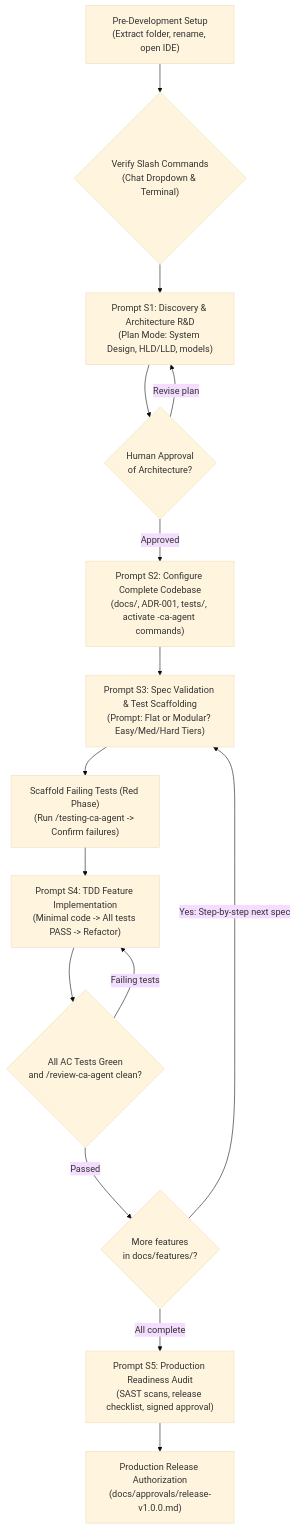
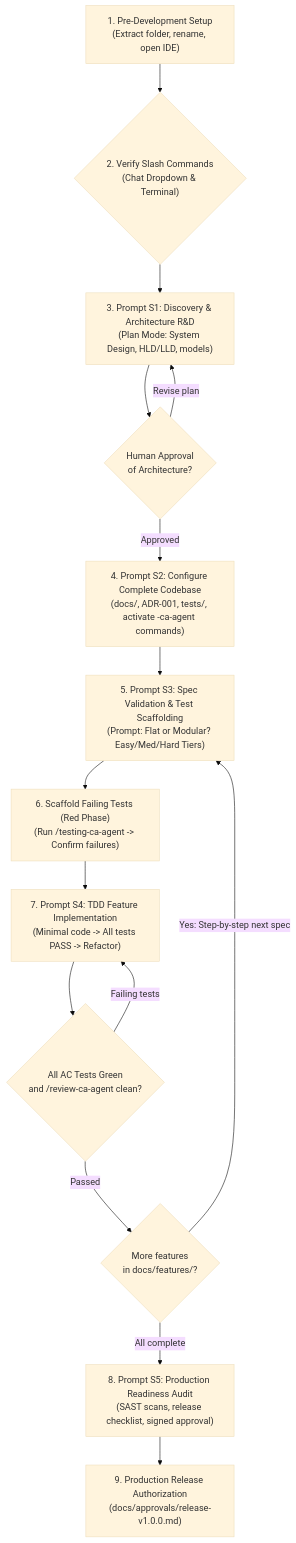
The third of 6 diagrams in README.md (rmsofficialsyt/Agentic-AI-Vibe-Coding-AND-SDD-TDD-Codebase-Chandan-Adhikary), drawn with Mermaid (base theme) before and after one commit. The commit also changed other lines of this file and 21 other files, not shown here.

Commit message:
docs: polish README files and embed AI-generated architecture diagrams and workflows

````diff
--- a/README.md
+++ b/README.md
@@ -74,21 +108,21 @@
 ```mermaid
 flowchart TD
-    SetupS["Pre-Development Setup<br/>(Extract folder, rename, open IDE)"] --> CmdCheckS{"Verify Slash Commands<br/>(Chat Dropdown & Terminal)"}
-    CmdCheckS --> PS1["Prompt S1: Discovery & Architecture R&D<br/>(Plan Mode: System Design, HLD/LLD, models)"]
+    SetupS["1. Pre-Development Setup<br/>(Extract folder, rename, open IDE)"] --> CmdCheckS{"2. Verify Slash Commands<br/>(Chat Dropdown & Terminal)"}
+    CmdCheckS --> PS1["3. Prompt S1: Discovery & Architecture R&D<br/>(Plan Mode: System Design, HLD/LLD, models)"]
     
     PS1 --> HumanS1{"Human Approval<br/>of Architecture?"}
     HumanS1 -->|"Revise plan"| PS1
-    HumanS1 -->|"Approved"| PS2["Prompt S2: Configure Complete Codebase<br/>(docs/, ADR-001, tests/, activate -ca-agent commands)"]
+    HumanS1 -->|"Approved"| PS2["4. Prompt S2: Configure Complete Codebase<br/>(docs/, ADR-001, tests/, activate -ca-agent commands)"]
     
-    PS2 --> PS3["Prompt S3: Spec Validation & Test Scaffolding<br/>(Prompt: Flat or Modular? Easy/Med/Hard Tiers)"]
-    PS3 --> RedPhase["Scaffold Failing Tests (Red Phase)<br/>(Run /testing-ca-agent -> Confirm failures)"]
+    PS2 --> PS3["5. Prompt S3: Spec Validation & Test Scaffolding<br/>(Prompt: Flat or Modular? Easy/Med/Hard Tiers)"]
+    PS3 --> RedPhase["6. Scaffold Failing Tests (Red Phase)<br/>(Run /testing-ca-agent -> Confirm failures)"]
     
-    RedPhase --> PS4["Prompt S4: TDD Feature Implementation<br/>(Minimal code -> All tests PASS -> Refactor)"]
+    RedPhase --> PS4["7. Prompt S4: TDD Feature Implementation<br/>(Minimal code -> All tests PASS -> Refactor)"]
     PS4 --> GateCheck{"All AC Tests Green<br/>and /review-ca-agent clean?"}
     GateCheck -->|"Failing tests"| PS4
     GateCheck -->|"Passed"| NextFeature{"More features<br/>in docs/features/?"}
     NextFeature -->|"Yes: Step-by-step next spec"| PS3
-    NextFeature -->|"All complete"| PS5["Prompt S5: Production Readiness Audit<br/>(SAST scans, release checklist, signed approval)"]
+    NextFeature -->|"All complete"| PS5["8. Prompt S5: Production Readiness Audit<br/>(SAST scans, release checklist, signed approval)"]
     
-    PS5 --> Release["Production Release Authorization<br/>(docs/approvals/release-v1.0.0.md)"]
+    PS5 --> Release["9. Production Release Authorization<br/>(docs/approvals/release-v1.0.0.md)"]
 ```
````
